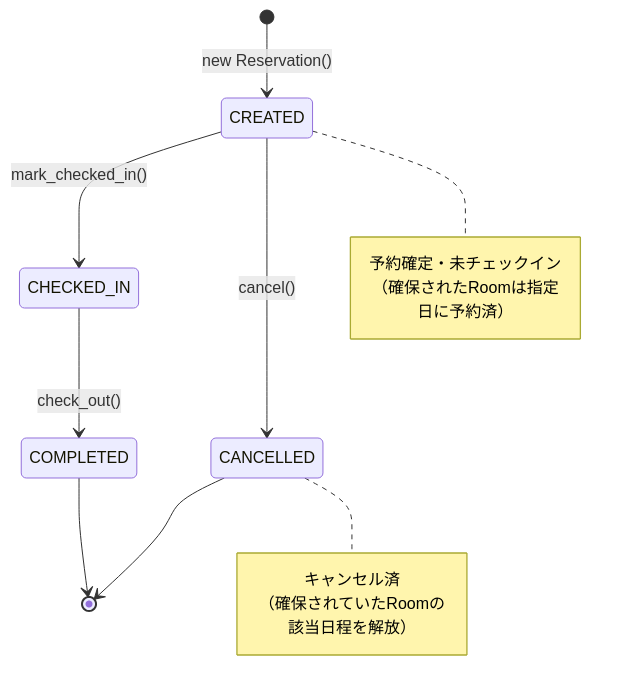
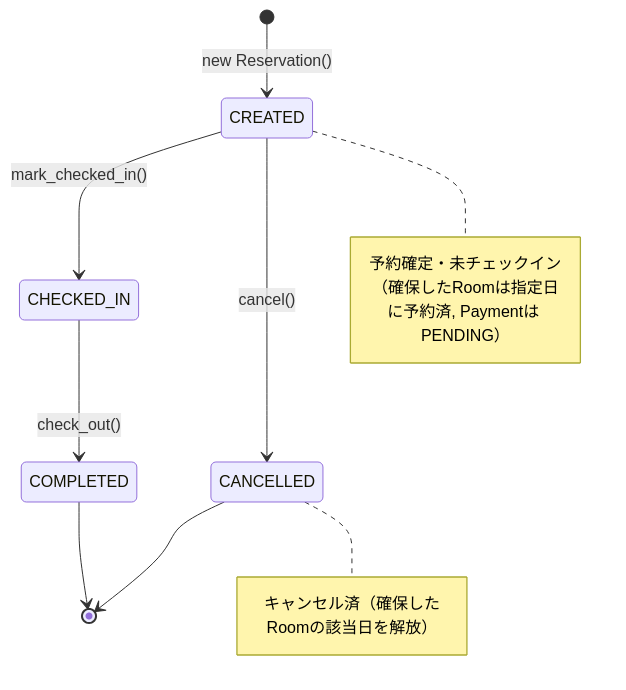
The third of 3 diagrams in Architecture.md (Kohki-tyl/HRS), drawn with Mermaid before and after one commit. The commit also changed other lines of this file, not shown here.

````diff
--- a/Architecture.md
+++ b/Architecture.md
@@ -144,21 +199,17 @@
 ```mermaid
 stateDiagram-v2
     [*] --> CREATED : new Reservation()
-    
     CREATED --> CHECKED_IN : mark_checked_in()
     CREATED --> CANCELLED : cancel()
-    
     CHECKED_IN --> COMPLETED : check_out()
-    
     CANCELLED --> [*]
     COMPLETED --> [*]
 
     note right of CREATED
         予約確定・未チェックイン
-        （確保されたRoomは指定日に予約済）
+        （確保したRoomは指定日に予約済, Paymentは PENDING）
     end note
     note right of CANCELLED
-        キャンセル済
-        （確保されていたRoomの該当日程を解放）
+        キャンセル済（確保したRoomの該当日を解放）
     end note
 ```
````
